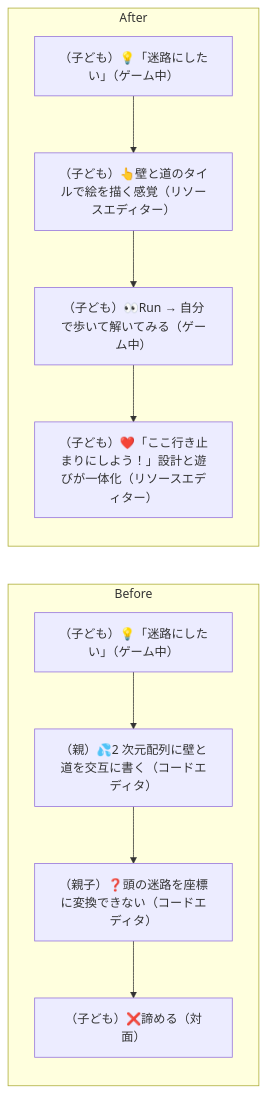
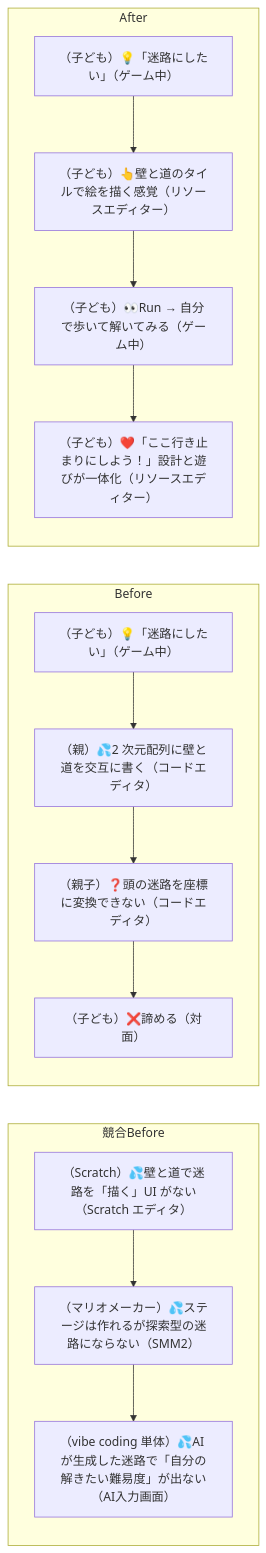
Before and after one commit to tatsuro-ueda/code-quest-pyxel: the sixth of 42 diagrams in docs/customer-journeys.md, drawn with Mermaid. The commit also changed other lines of this file and 1 other file, not shown here.

````diff
--- a/docs/customer-journeys.md
+++ b/docs/customer-journeys.md
@@ -201,15 +236,20 @@
 ```mermaid
 flowchart LR
+    subgraph Competitor["競合Before"]
+        C1[（Scratch）💦壁と道で迷路を「描く」UI がない（Scratch エディタ）]
+        C1 --> C2[（マリオメーカー）💦ステージは作れるが探索型の迷路にならない（SMM2）]
+        C2 --> C3[（vibe coding 単体）💦AI が生成した迷路で「自分の解きたい難易度」が出ない（AI入力画面）]
+    end
     subgraph Before["Before"]
         B1[（子ども）💡「迷路にしたい」（ゲーム中）]
         B1 --> B2[（親）💦2 次元配列に壁と道を交互に書く（コードエディタ）]
         B2 --> B3[（親子）❓頭の迷路を座標に変換できない（コードエディタ）]
         B3 --> B4[（子ども）❌諦める（対面）]
     end
     subgraph After["After"]
         A1[（子ども）💡「迷路にしたい」（ゲーム中）]
         A1 --> A2[（子ども）👆壁と道のタイルで絵を描く感覚（リソースエディター）]
         A2 --> A3[（子ども）👀Run → 自分で歩いて解いてみる（ゲーム中）]
         A3 --> A4[（子ども）❤️「ここ行き止まりにしよう！」設計と遊びが一体化（リソースエディター）]
     end
 ```
````
